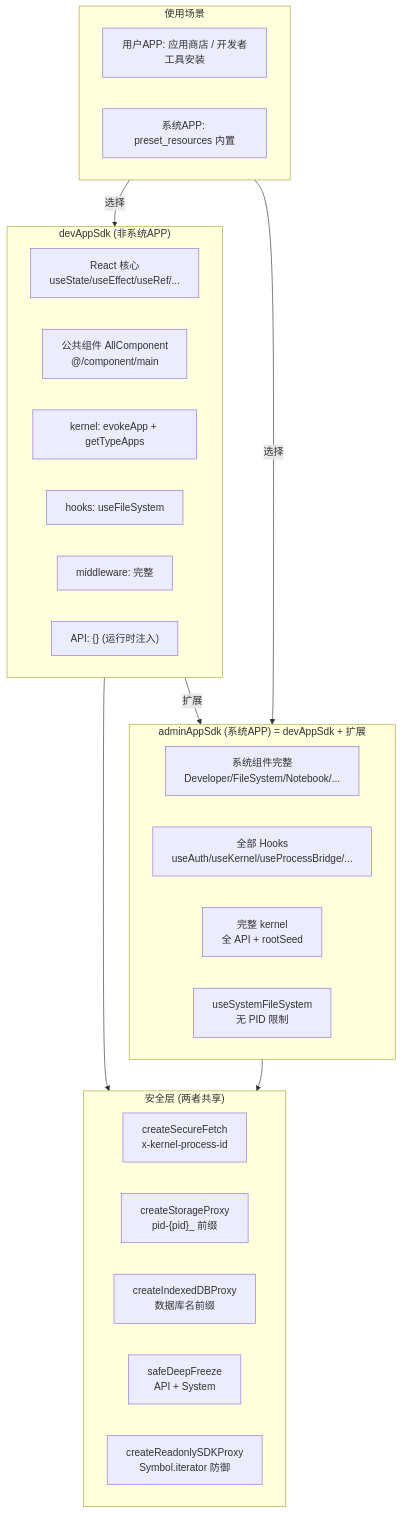
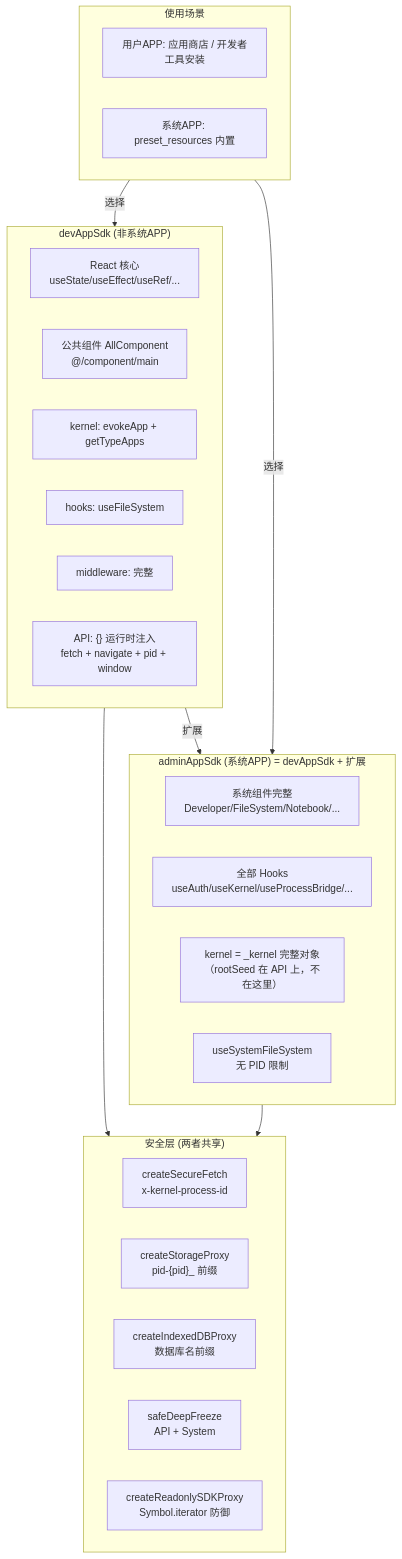
The diagram in docs/mermaid/22-sdk-tier-comparison.mmd (suluwanqing/sukinOS), drawn with Mermaid before and after one commit. The commit also changed 70 other files, not shown here.

```diff
--- a/docs/mermaid/22-sdk-tier-comparison.mmd
+++ b/docs/mermaid/22-sdk-tier-comparison.mmd
@@ -1,35 +1,35 @@
 graph TB
     subgraph devSdk["devAppSdk (非系统APP)"]
         D_REACT["React 核心<br/>useState/useEffect/useRef/..."]
         D_COMPS["公共组件 AllComponent<br/>@/component/main"]
         D_KERNEL["kernel: evokeApp + getTypeApps"]
         D_HOOKS["hooks: useFileSystem"]
         D_MID["middleware: 完整"]
-        D_API["API: {} (运行时注入)"]
+        D_API["API: {} 运行时注入<br/>fetch + navigate + pid + window"]
     end
 
     subgraph adminSdk["adminAppSdk (系统APP) = devAppSdk + 扩展"]
         A_SYS_COMPS["系统组件完整<br/>Developer/FileSystem/Notebook/..."]
         A_HOOKS["全部 Hooks<br/>useAuth/useKernel/useProcessBridge/..."]
-        A_KERNEL["完整 kernel<br/>全 API + rootSeed"]
+        A_KERNEL["kernel = _kernel 完整对象<br/>（rootSeed 在 API 上，不在这里）"]
         A_FS["useSystemFileSystem<br/>无 PID 限制"]
     end
 
     subgraph Security["安全层 (两者共享)"]
         S1["createSecureFetch<br/>x-kernel-process-id"]
         S2["createStorageProxy<br/>pid-{pid}_ 前缀"]
         S3["createIndexedDBProxy<br/>数据库名前缀"]
         S4["safeDeepFreeze<br/>API + System"]
         S5["createReadonlySDKProxy<br/>Symbol.iterator 防御"]
     end
 
     subgraph Usage["使用场景"]
         U1["用户APP: 应用商店 / 开发者工具安装"]
         U2["系统APP: preset_resources 内置"]
     end
 
     devSdk -->|扩展| adminSdk
     devSdk --> Security
     adminSdk --> Security
     Usage -->|选择| devSdk
     Usage -->|选择| adminSdk
```
